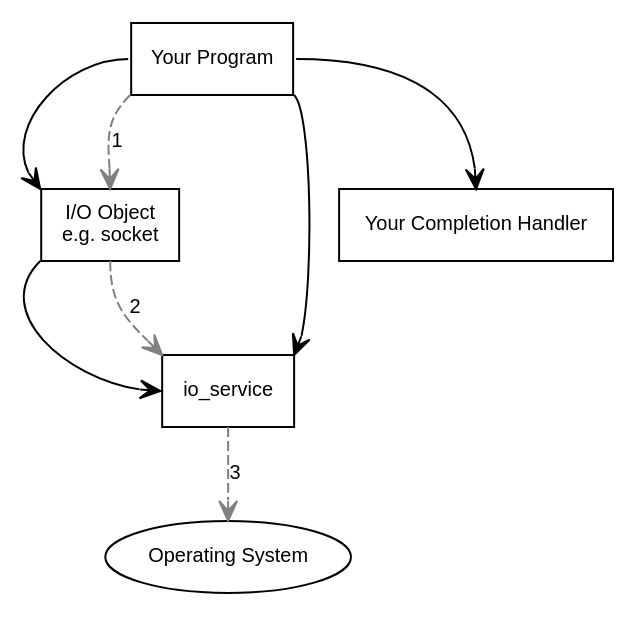
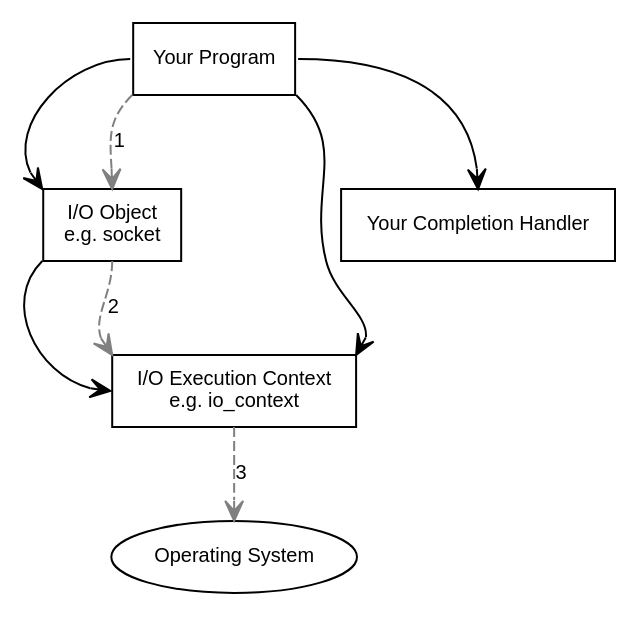
One commit to davidhuynh/externals changed the diagram in boost/libs/asio/doc/overview/async_op1.dot. Above: the diagram before and after it, drawn with Graphviz. The commit also changed 83601 other files, not shown here.

```diff
--- a/boost/libs/asio/doc/overview/async_op1.dot
+++ b/boost/libs/asio/doc/overview/async_op1.dot
@@ -1,78 +1,78 @@
 digraph g
 {
   graph
     [
       nodesep="0.2"
     ];
 
   edge
     [
       fontname="Helvetica",
       fontsize=10,
       labelfontname="Helvetica",
       labelfontsize=10
     ];
 
   node
     [
       fontname="Helvetica",
       fontsize=10,
       shape=box
     ];
 
   edge
     [
       arrowhead="open"
     ]
 
   // Program elements.
   {
     operating_system [ label="Operating System", shape=ellipse ];
-    io_service [ label="io_service" ];
+    io_context [ label="I/O Execution Context\ne.g. io_context" ];
     io_object [ label="I/O Object\ne.g. socket" ];
     your_program [ label="Your Program" ];
     your_completion_handler [ label="Your Completion Handler" ];
   }
 
   // Owning relationships.
   {
     edge [ arrowtail="diamond" ];
     your_program:e -> your_completion_handler:n;
     your_program:w -> io_object:nw;
-    your_program:se -> io_service:ne;
+    your_program:se -> io_context:ne;
   }
 
   // Non-owning relationships;
   {
-    io_object:sw -> io_service:w;
+    io_object:sw -> io_context:w;
   }
 
   // Visible actions.
   {
     edge [ style="dashed", color="#808080" ];
 
     // Forward actions.
     {
       your_program:sw -> io_object:n [ label="1" ];
-      io_object:s -> io_service:nw [ label="2" ];
-      io_service:s -> operating_system:n [ label="3" ];
+      io_object:s -> io_context:nw [ label="2" ];
+      io_context:s -> operating_system:n [ label="3" ];
     }
   }
 
   // Invisible actions.
   {
     edge [ style="invis" ];
 
     // Forward actions.
     {
-      your_program:s -> io_service:n [ label="5" ];
+      your_program:s -> io_context:n [ label="5" ];
     }
 
     // Reverse actions.
     {
       edge [ arrowhead="none", arrowtail="open" ];
-      //io_service:s -> operating_system:n [ label="4" ];
-      your_completion_handler:s -> io_service:e [ label="6" ];
+      //io_context:s -> operating_system:n [ label="4" ];
+      your_completion_handler:s -> io_context:e [ label="6" ];
     }
   }
 }
```
